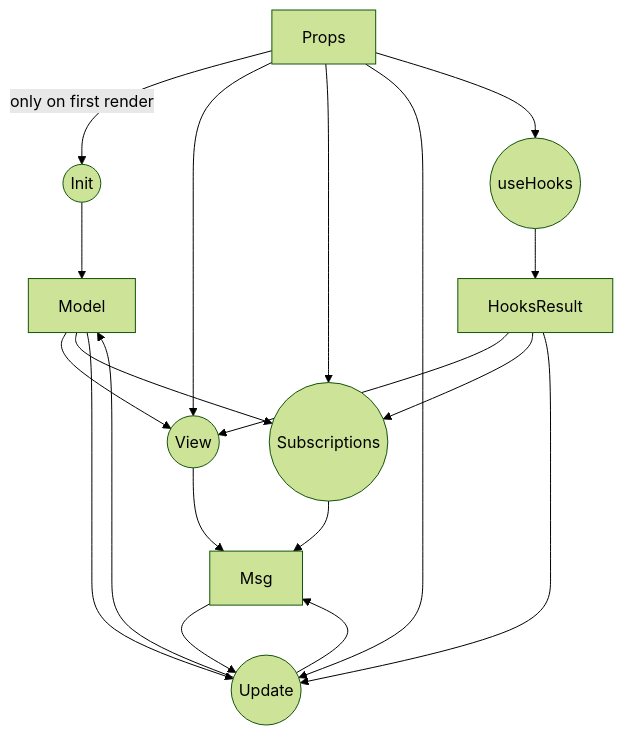
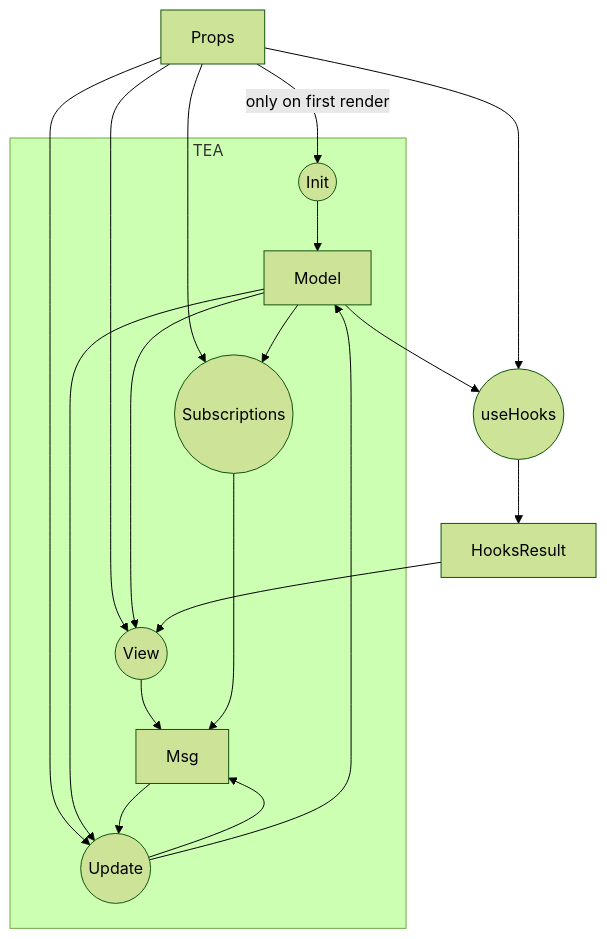
Before and after one commit to Foo-x/react-tea: the diagram in doc/dev/DataFlowDiagram.md, drawn with Mermaid (forest theme). The commit also changed 1 other file, not shown here.

Commit message:
docs: update dfd

````diff
--- a/doc/dev/DataFlowDiagram.md
+++ b/doc/dev/DataFlowDiagram.md
@@ -3,21 +3,27 @@
 ```mermaid
 graph TD
     p[Props]
-    i((Init))
-    m[Model]
-    msg[Msg]
     h((useHooks))
     H[HooksResult]
-    u((Update))
-    v((View))
-    s((Subscriptions))
 
     p -- only on first render --> i
     p --> v & s & u & h
     i --> m
-    m --> v & s & u
-    h --> H --> v & s & u
-    v & s --> msg
-    msg --> u
-    u --> msg & m
+    m --> h
+
+    subgraph TEA
+        i((Init))
+        m[Model]
+        msg[Msg]
+        u((Update))
+        v((View))
+        s((Subscriptions))
+
+        u --> msg & m
+        m --> v & s & u
+        v & s --> msg
+        msg --> u
+    end
+
+    h --> H --> v
 ```
````
